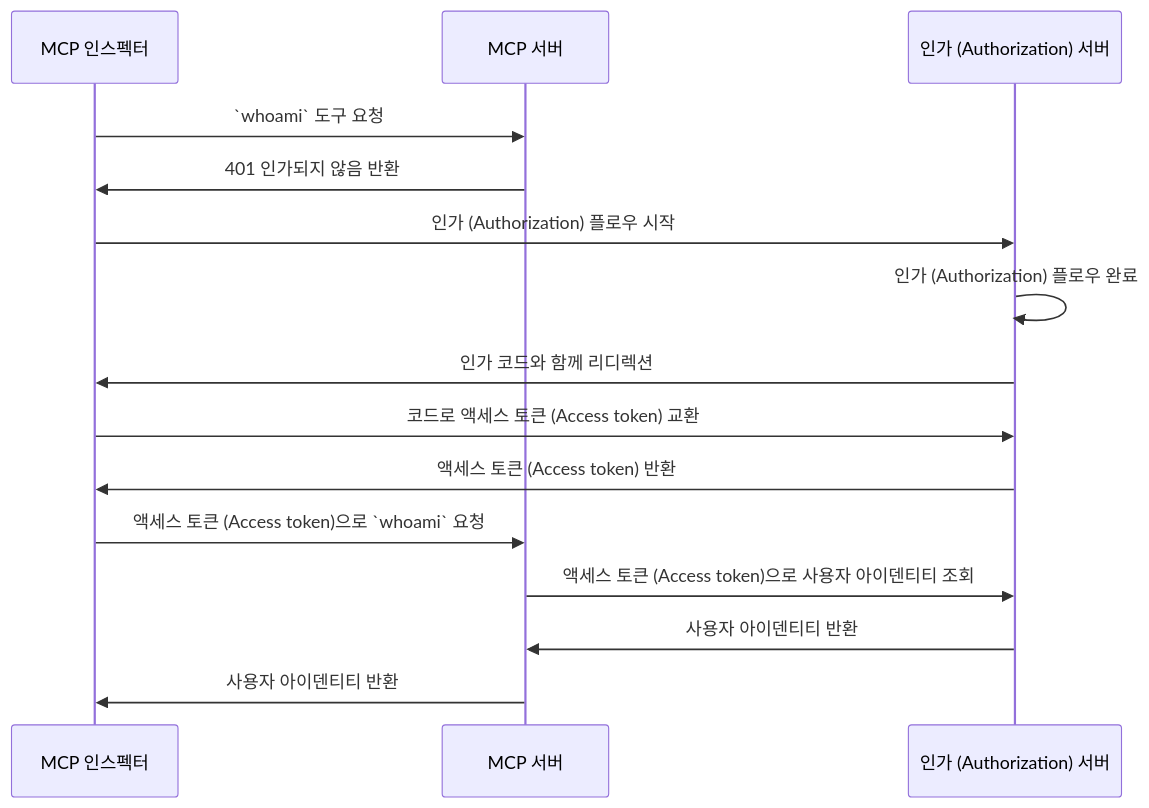
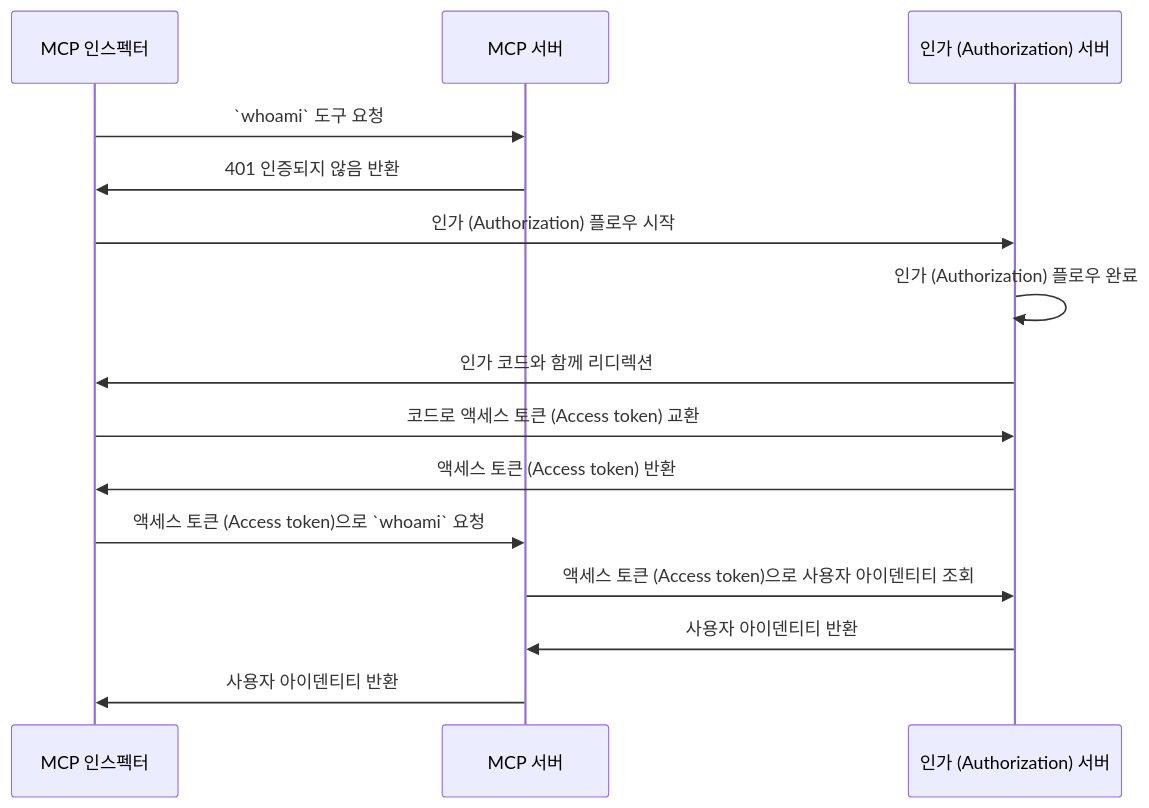
Before and after one commit to mcp-auth/docs: the diagram in i18n/ko/docusaurus-plugin-content-docs/current/tutorials/whoami/README.mdx, drawn with Mermaid. The commit also changed other lines of this file and 17 other files, not shown here.

````diff
--- a/i18n/ko/docusaurus-plugin-content-docs/current/tutorials/whoami/README.mdx
+++ b/i18n/ko/docusaurus-plugin-content-docs/current/tutorials/whoami/README.mdx
@@ -31,18 +31,18 @@
 ```mermaid
 sequenceDiagram
     participant Client as MCP 인스펙터
     participant Server as MCP 서버
     participant Auth as 인가 (Authorization) 서버
 
     Client->>Server: `whoami` 도구 요청
-    Server->>Client: 401 인가되지 않음 반환
+    Server->>Client: 401 인증되지 않음 반환
     Client->>Auth: 인가 (Authorization) 플로우 시작
     Auth->>Auth: 인가 (Authorization) 플로우 완료
     Auth->>Client: 인가 코드와 함께 리디렉션
     Client->>Auth: 코드로 액세스 토큰 (Access token) 교환
     Auth->>Client: 액세스 토큰 (Access token) 반환
     Client->>Server: 액세스 토큰 (Access token)으로 `whoami` 요청
     Server->>Auth: 액세스 토큰 (Access token)으로 사용자 아이덴티티 조회
     Auth->>Server: 사용자 아이덴티티 반환
     Server->>Client: 사용자 아이덴티티 반환
 ```
````
